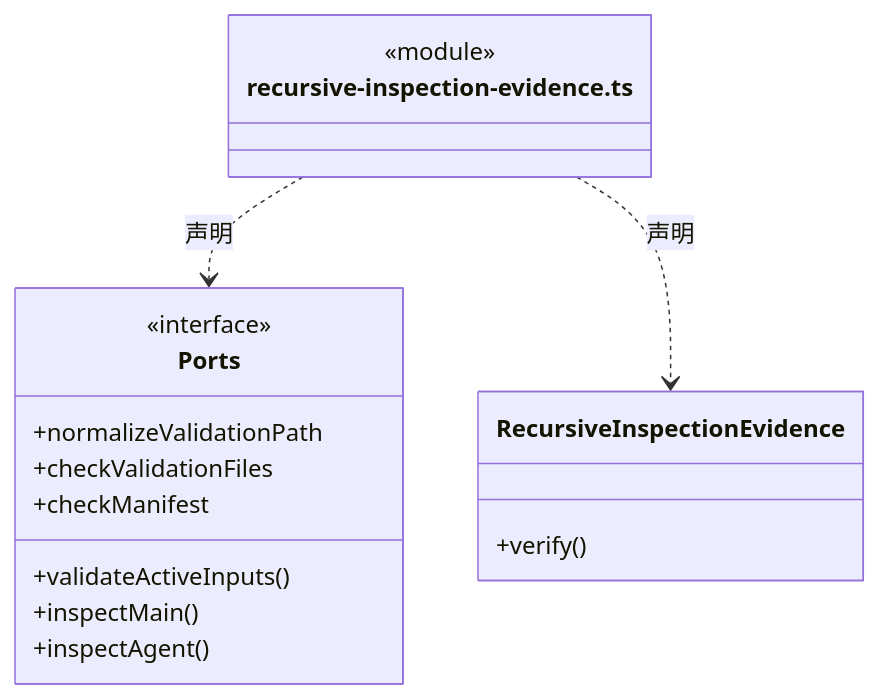
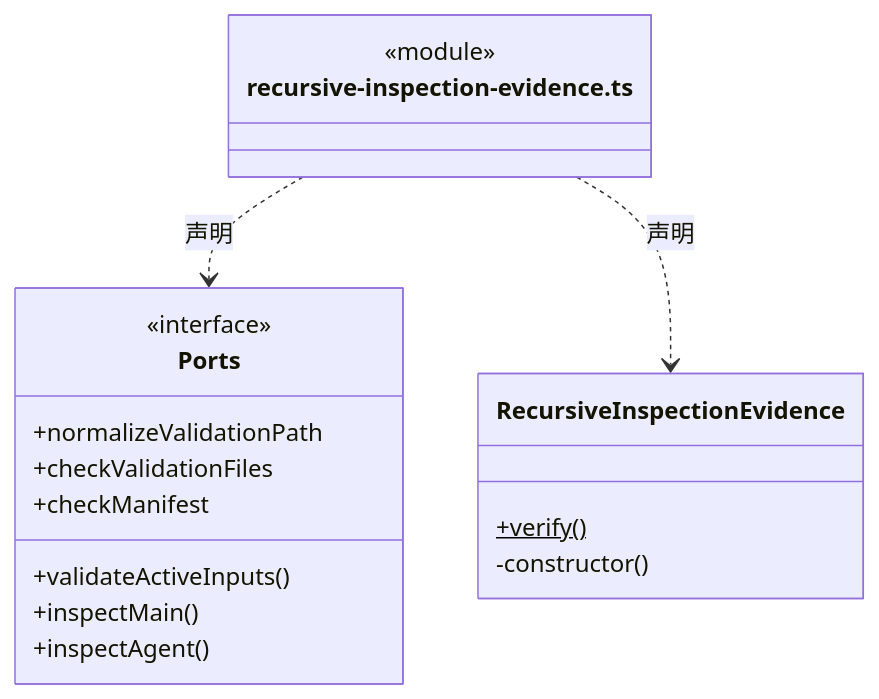
One commit to nan023062/cbim changed diagram 19 of 23 in src/logic/evidence/runtime/ARCHITECTURE.md. Above: the diagram before and after it, drawn with Mermaid. The commit also changed other lines of this file and 139 other files, not shown here.

Commit message:
docs(architecture): add source reading paths and complete file inventories

````diff
--- a/src/logic/evidence/runtime/ARCHITECTURE.md
+++ b/src/logic/evidence/runtime/ARCHITECTURE.md
@@ -405,20 +415,21 @@
 ```mermaid
 classDiagram
 class N_src_logic_evidence_runtime_recursive_inspection_evidence_ts["recursive-inspection-evidence.ts"] {
   <<module>>
 }
 class N_src_logic_evidence_runtime_recursive_inspection_evidence_ts_Ports["Ports"] {
   <<interface>>
   +validateActiveInputs()
   +inspectMain()
   +inspectAgent()
   +normalizeValidationPath
   +checkValidationFiles
   +checkManifest
 }
 N_src_logic_evidence_runtime_recursive_inspection_evidence_ts ..> N_src_logic_evidence_runtime_recursive_inspection_evidence_ts_Ports : 声明
 class N_src_logic_evidence_runtime_recursive_inspection_evidence_ts_RecursiveInspectionEvidence["RecursiveInspectionEvidence"] {
-  +verify()
+  +verify()$
+  -constructor()
 }
 N_src_logic_evidence_runtime_recursive_inspection_evidence_ts ..> N_src_logic_evidence_runtime_recursive_inspection_evidence_ts_RecursiveInspectionEvidence : 声明
 ```
````
